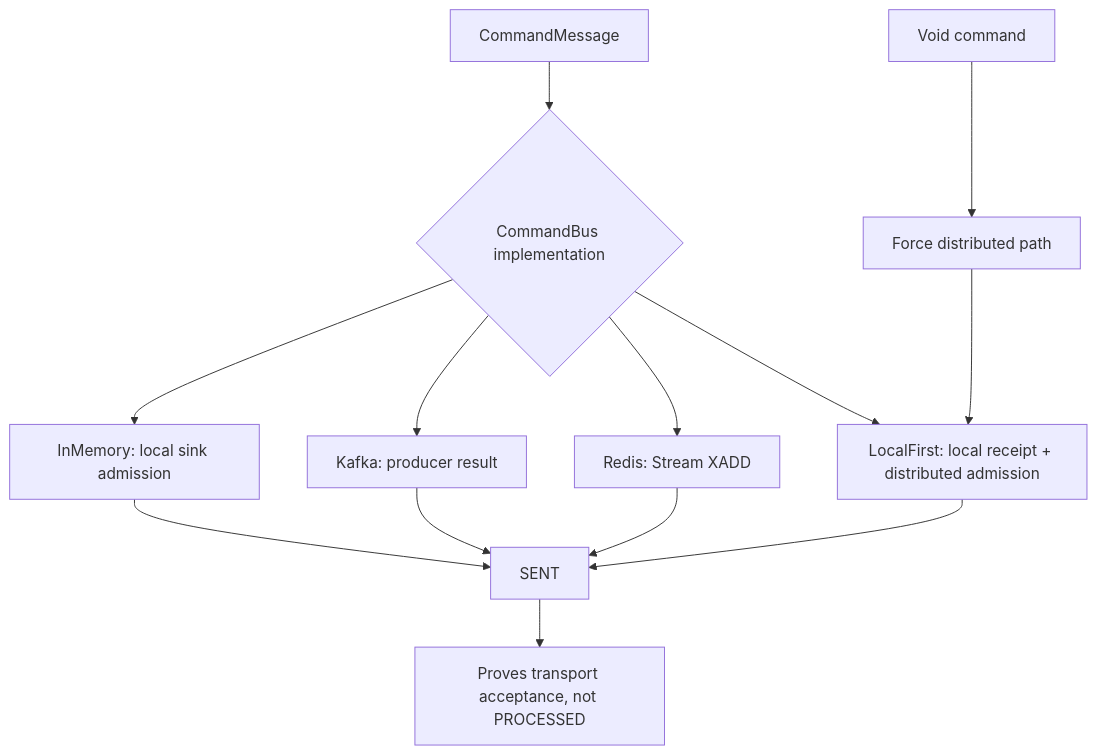
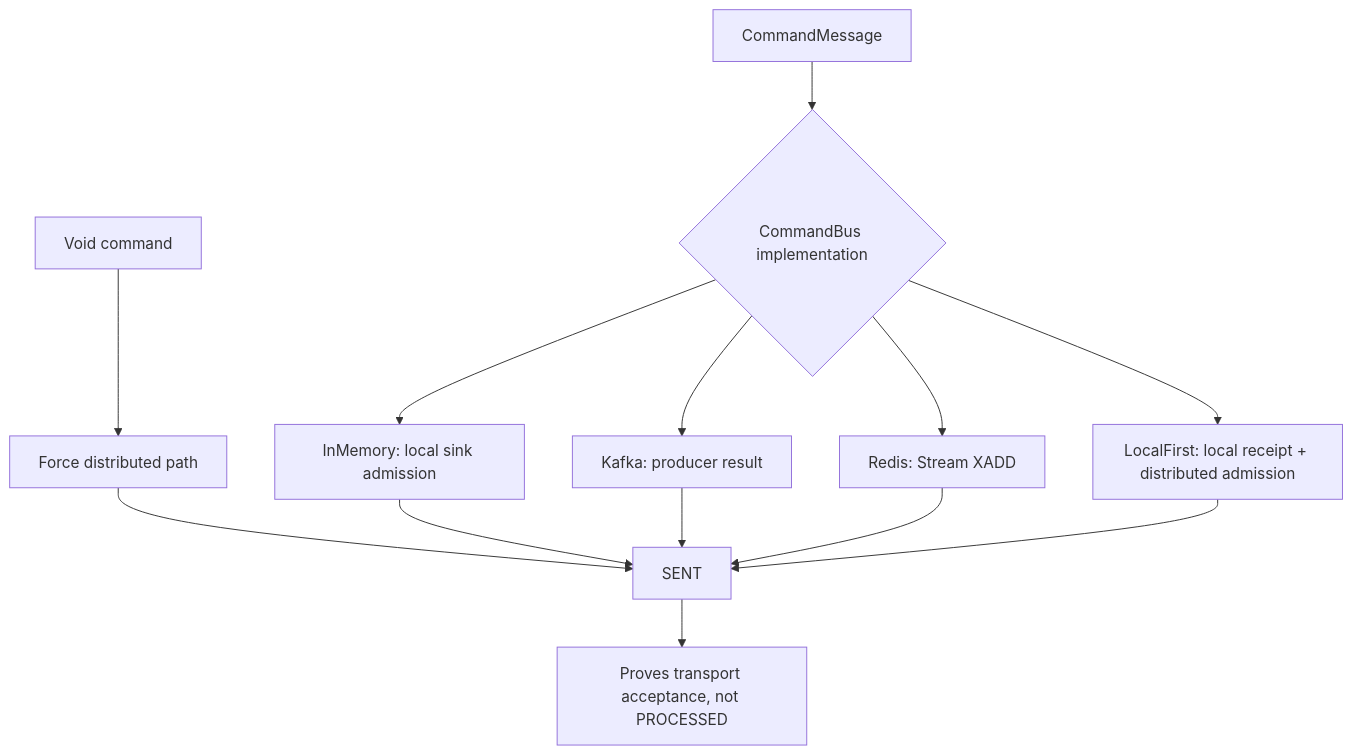
The diagram in documentation/docs/en/guide/command/internals/transport.md (Ahoo-Wang/Wow), drawn with Mermaid before and after one commit. The commit also changed 1 other file, not shown here.

Commit message:
docs: clarify void transport route

````diff
--- a/documentation/docs/en/guide/command/internals/transport.md
+++ b/documentation/docs/en/guide/command/internals/transport.md
@@ -13,15 +13,15 @@
 ```mermaid
 flowchart TB
     Command["CommandMessage"] --> Transport{"CommandBus implementation"}
     Transport --> InMemory["InMemory: local sink admission"]
     Transport --> Kafka["Kafka: producer result"]
     Transport --> Redis["Redis: Stream XADD"]
     Transport --> LocalFirst["LocalFirst: local receipt + distributed admission"]
     Void["Void command"] --> Distributed["Force distributed path"]
-    Distributed --> LocalFirst
+    Distributed --> Sent
     InMemory --> Sent["SENT"]
     Kafka --> Sent
     Redis --> Sent
     LocalFirst --> Sent
     Sent --> Boundary["Proves transport acceptance, not PROCESSED"]
 ```
````
